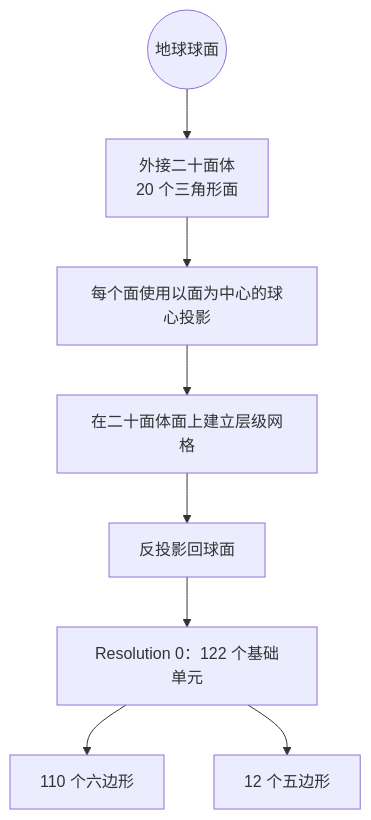
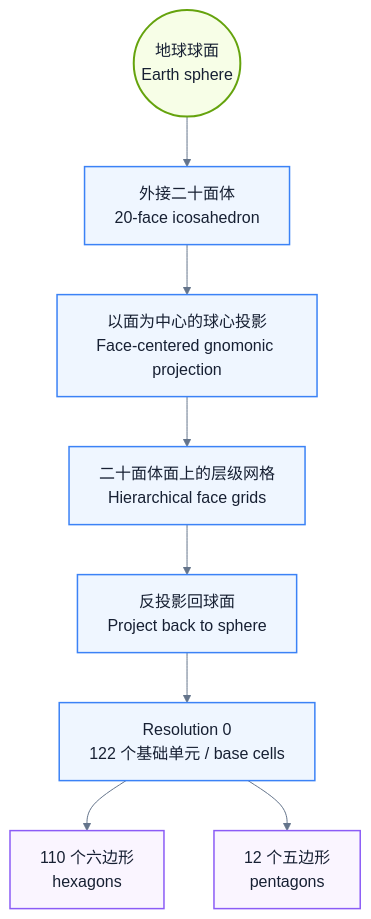
Before and after one commit to 3452078359-xuexue/knowledge-graph: the third of 9 diagrams in README.md, drawn with Mermaid. The commit also changed other lines of this file and 1 other file, not shown here.

Commit message:
Add bilingual H3 guide and polished diagrams

````diff
--- a/README.md
+++ b/README.md
@@ -93,10 +125,17 @@
 ```mermaid
+%%{init: {"theme":"base","themeVariables":{"background":"#ffffff","primaryColor":"#eef6ff","primaryTextColor":"#172033","primaryBorderColor":"#3b82f6","lineColor":"#64748b","secondaryColor":"#f5f3ff","tertiaryColor":"#f7fee7","fontFamily":"Arial"}}}%%
 flowchart TD
-    A((地球球面)) --> B[外接二十面体<br/>20 个三角形面]
-    B --> C[每个面使用以面为中心的球心投影]
-    C --> D[在二十面体面上建立层级网格]
-    D --> E[反投影回球面]
-    E --> F[Resolution 0：122 个基础单元]
-    F --> G[110 个六边形]
-    F --> H[12 个五边形]
+    A((地球球面<br/>Earth sphere)) --> B[外接二十面体<br/>20-face icosahedron]
+    B --> C[以面为中心的球心投影<br/>Face-centered gnomonic projection]
+    C --> D[二十面体面上的层级网格<br/>Hierarchical face grids]
+    D --> E[反投影回球面<br/>Project back to sphere]
+    E --> F[Resolution 0<br/>122 个基础单元 / base cells]
+    F --> G[110 个六边形<br/>hexagons]
+    F --> H[12 个五边形<br/>pentagons]
+    classDef globe fill:#f7fee7,stroke:#65a30d,color:#172033,stroke-width:2px;
+    classDef process fill:#eff6ff,stroke:#3b82f6,color:#172033,stroke-width:1.5px;
+    classDef special fill:#faf5ff,stroke:#8b5cf6,color:#172033,stroke-width:1.5px;
+    class A globe;
+    class B,C,D,E,F process;
+    class G,H special;
 ```
````
